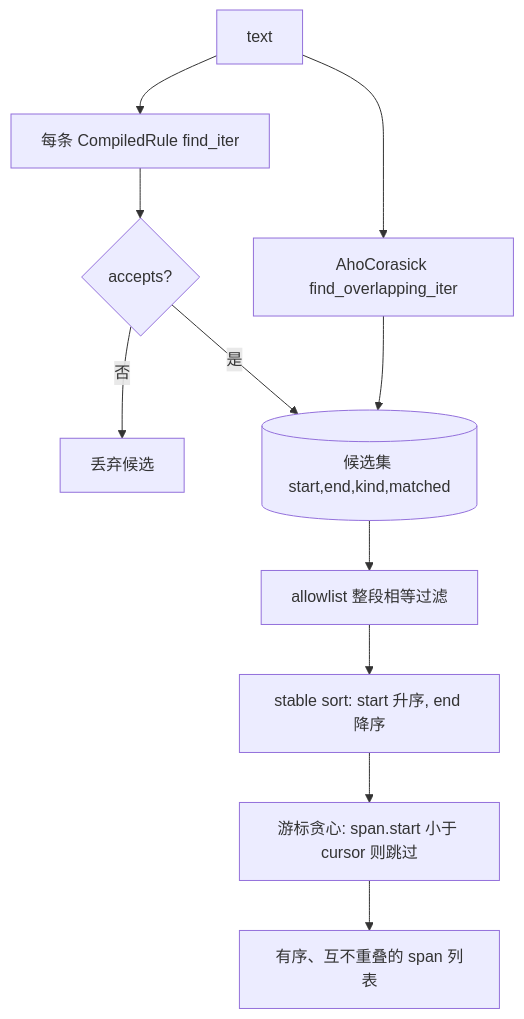
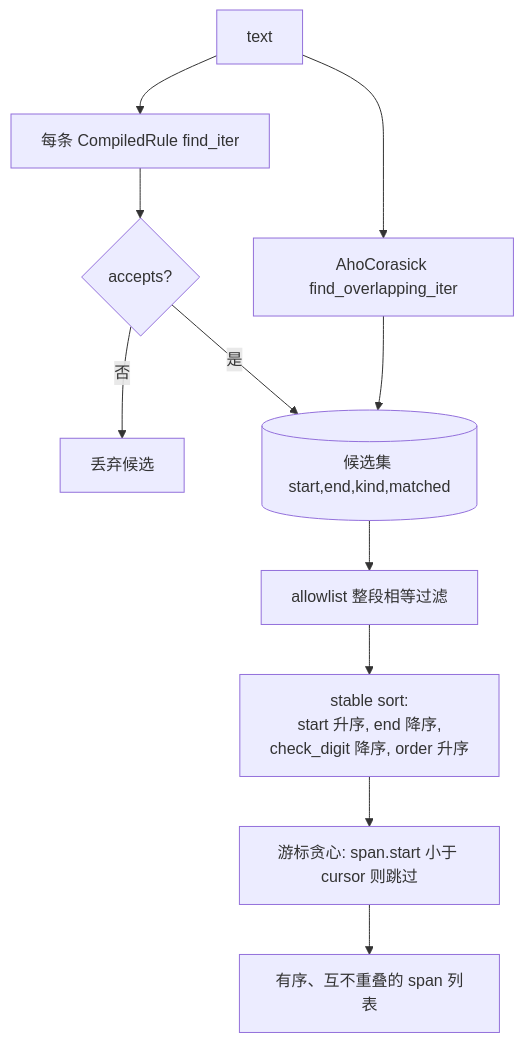
One commit to rainbowatcher/sag changed the second of 3 diagrams in docs/spec/privacy/spec.md. Above: the diagram before and after it, drawn with Mermaid. The commit also changed other lines of this file and 10 other files, not shown here.

````diff
--- a/docs/spec/privacy/spec.md
+++ b/docs/spec/privacy/spec.md
@@ -77,13 +78,13 @@
 ```mermaid
 flowchart TD
     A[text] --> B[每条 CompiledRule find_iter]
     B --> C{accepts?}
     C -->|否| X[丢弃候选]
     C -->|是| D[(候选集 start,end,kind,matched)]
     A --> E[AhoCorasick find_overlapping_iter]
     E --> D
     D --> F[allowlist 整段相等过滤]
-    F --> G[stable sort: start 升序, end 降序]
+    F --> G[stable sort:<br/>start 升序, end 降序,<br/>check_digit 降序, order 升序]
     G --> H[游标贪心: span.start 小于 cursor 则跳过]
     H --> I[有序、互不重叠的 span 列表]
 ```
````
